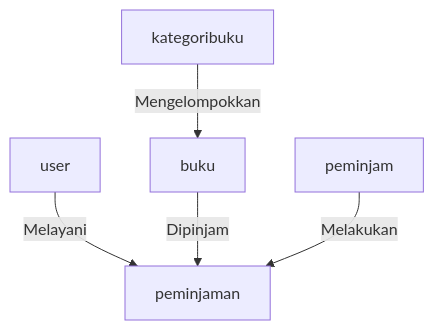
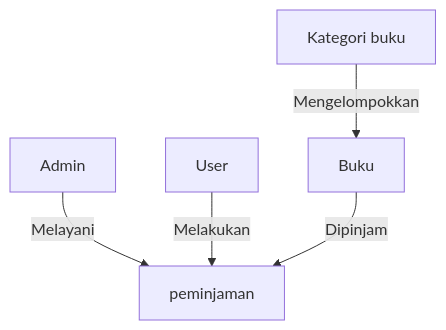
The diagram in README.md (sucikarmila/perpustakaan), drawn with Mermaid before and after one commit. The commit also changed other lines of this file, not shown here.

`````diff
--- a/README.md
+++ b/README.md
@@ -34,7 +34,7 @@
 ```mermaid
 graph TD
-    user -->|Melayani| peminjaman
-    buku -->|Dipinjam| peminjaman
-    kategoribuku -->|Mengelompokkan| buku
-    peminjam -->|Melakukan| peminjaman
+    user[Admin] -->|Melayani| peminjaman
+    peminjam[User] -->|Melakukan| peminjaman
+    buku[Buku] -->|Dipinjam| peminjaman
+    kategoribuku[Kategori buku] -->|Mengelompokkan| buku
 ````
`````
